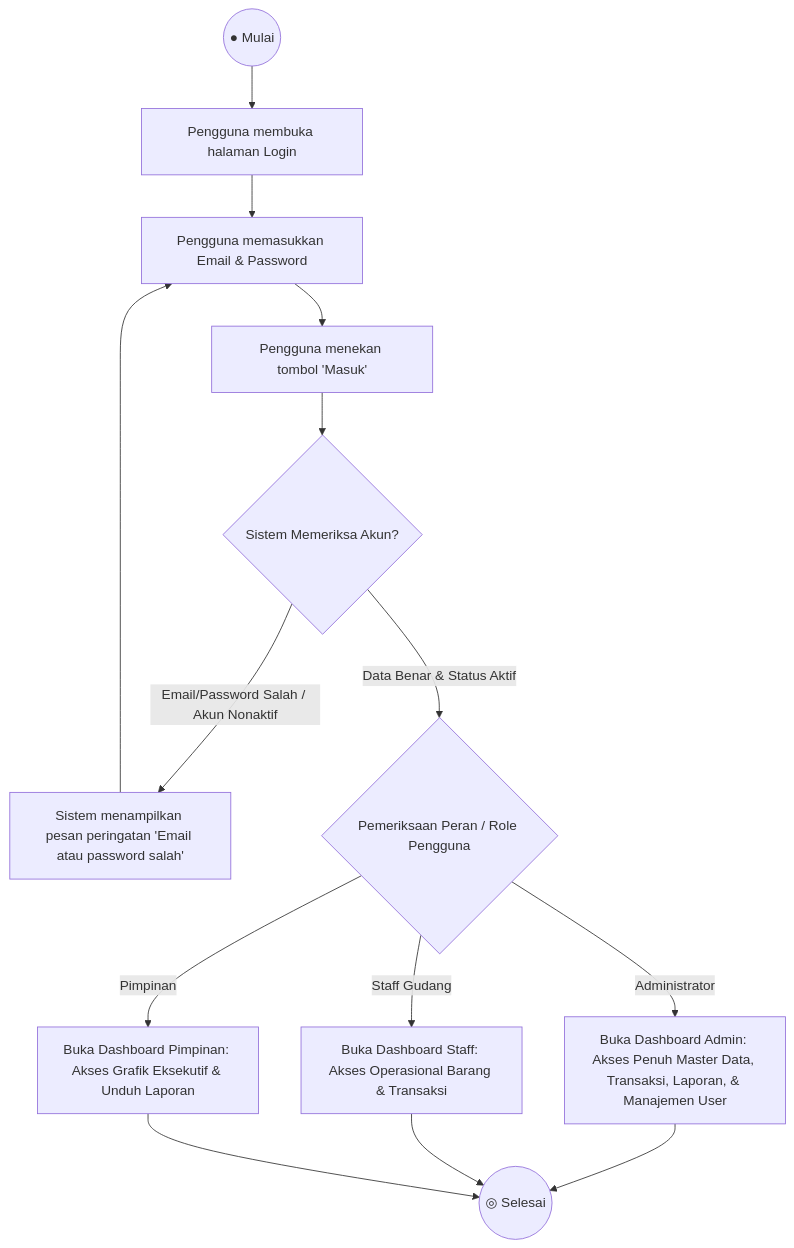
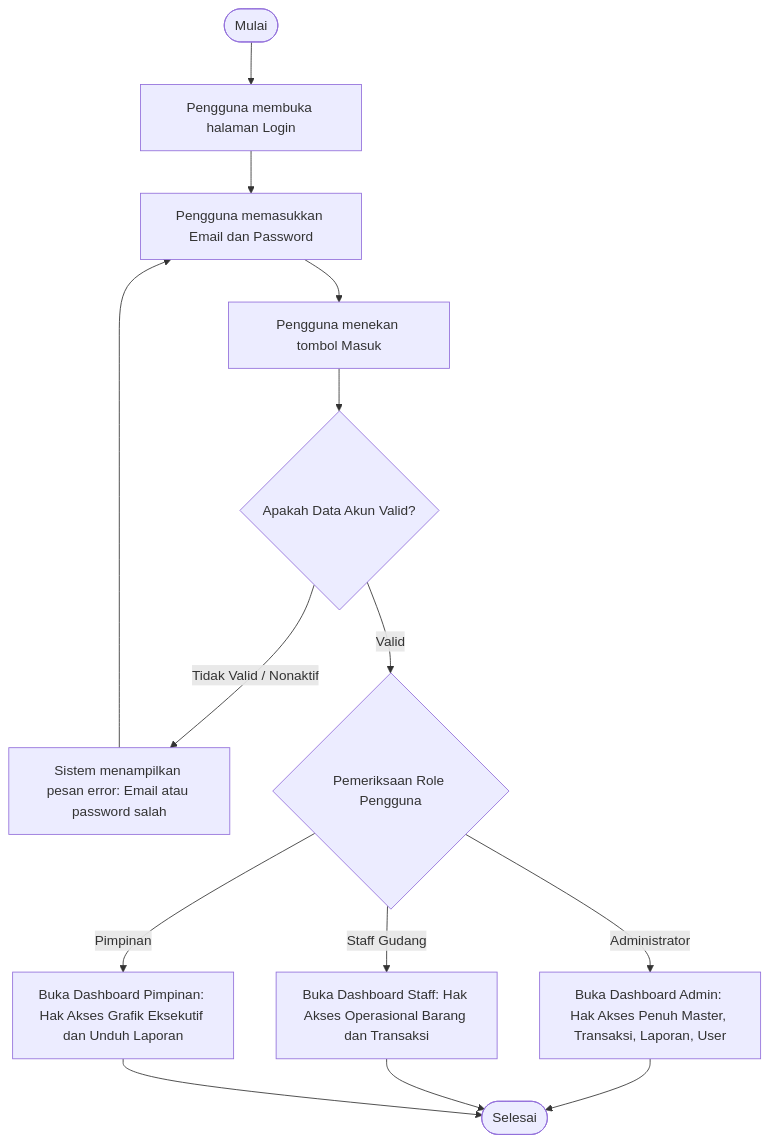
Before and after one commit to dimasdekka/inventory-manajement-yintong: the second of 11 diagrams in DOKUMENTASI_UML_LENGKAP.md, drawn with Mermaid. The commit also changed other lines of this file, not shown here.

Commit message:
docs: clean UML documentation without icons and add draw.io XML model

````diff
--- a/DOKUMENTASI_UML_LENGKAP.md
+++ b/DOKUMENTASI_UML_LENGKAP.md
@@ -89,20 +273,20 @@
 ```mermaid
 flowchart TD
-    Start((● Mulai)) --> A1[Pengguna membuka halaman Login]
-    A1 --> A2[Pengguna memasukkan Email & Password]
-    A2 --> A3[Pengguna menekan tombol 'Masuk']
-    A3 --> A4{Sistem Memeriksa Akun?}
+    Start([Mulai]) --> A1[Pengguna membuka halaman Login]
+    A1 --> A2[Pengguna memasukkan Email dan Password]
+    A2 --> A3[Pengguna menekan tombol Masuk]
+    A3 --> A4{Apakah Data Akun Valid?}
     
-    A4 -- "Email/Password Salah / Akun Nonaktif" --> A5[Sistem menampilkan pesan peringatan 'Email atau password salah']
+    A4 -- Tidak Valid / Nonaktif --> A5[Sistem menampilkan pesan error: Email atau password salah]
     A5 --> A2
 
-    A4 -- "Data Benar & Status Aktif" --> A6{Pemeriksaan Peran / Role Pengguna}
+    A4 -- Valid --> A6{Pemeriksaan Role Pengguna}
     
-    A6 -- "Administrator" --> A7[Buka Dashboard Admin: Akses Penuh Master Data, Transaksi, Laporan, & Manajemen User]
-    A6 -- "Staff Gudang" --> A8[Buka Dashboard Staff: Akses Operasional Barang & Transaksi]
-    A6 -- "Pimpinan" --> A9[Buka Dashboard Pimpinan: Akses Grafik Eksekutif & Unduh Laporan]
+    A6 -- Administrator --> A7[Buka Dashboard Admin: Hak Akses Penuh Master, Transaksi, Laporan, User]
+    A6 -- Staff Gudang --> A8[Buka Dashboard Staff: Hak Akses Operasional Barang dan Transaksi]
+    A6 -- Pimpinan --> A9[Buka Dashboard Pimpinan: Hak Akses Grafik Eksekutif dan Unduh Laporan]
     
-    A7 --> End((◎ Selesai))
+    A7 --> End([Selesai])
     A8 --> End
     A9 --> End
 ```
````
